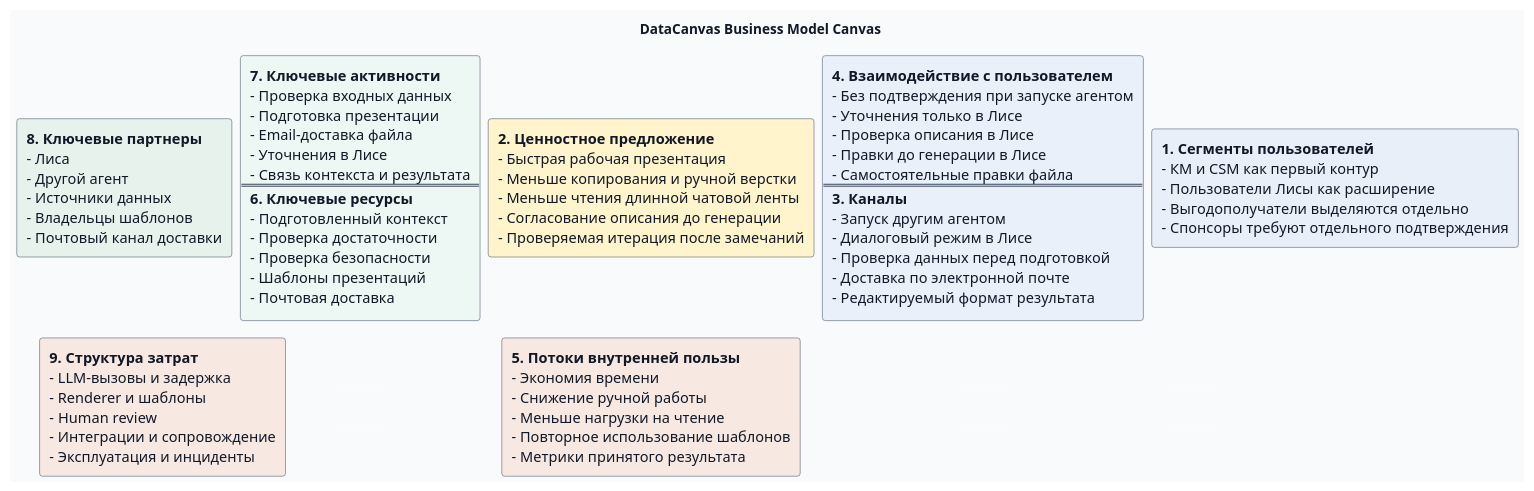
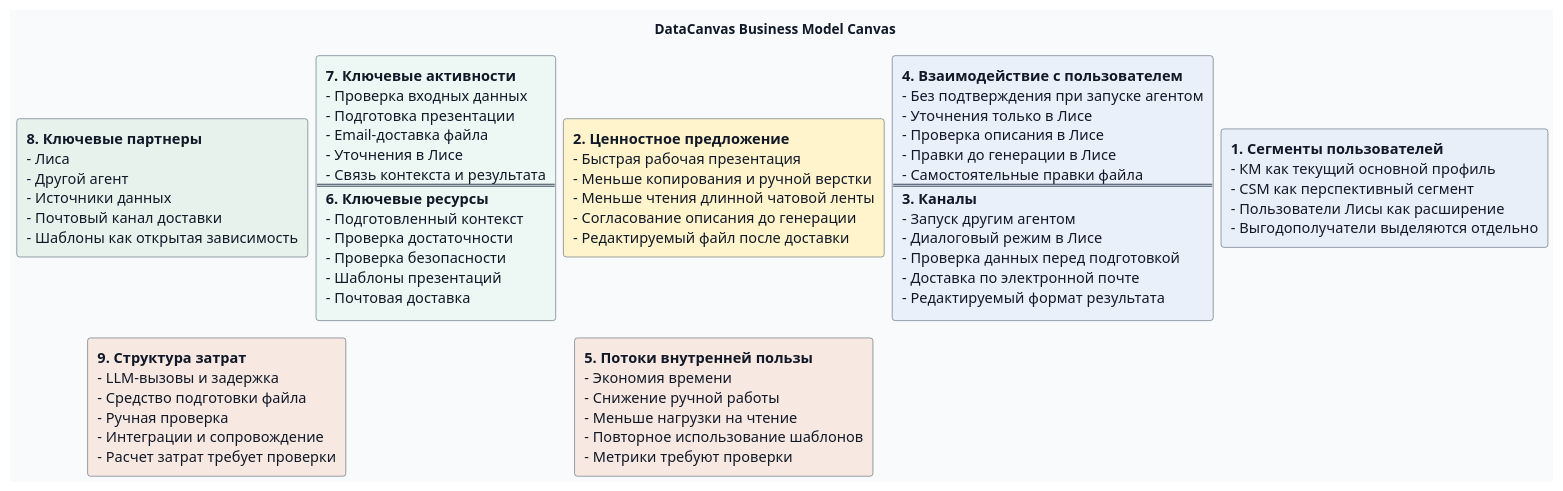
One commit to RussianLioN/datacanvas changed the diagram in docs/product/bmc/source/derived/datacanvas-bmc.puml. Above: the diagram before and after it, drawn with PlantUML. The commit also changed 57 other files, not shown here.

```diff
--- a/docs/product/bmc/source/derived/datacanvas-bmc.puml
+++ b/docs/product/bmc/source/derived/datacanvas-bmc.puml
@@ -1,44 +1,44 @@
 @startuml
 ' generated by scripts/generate-bmc-artifacts.mjs; do not edit by hand.
 title DataCanvas Business Model Canvas
 top to bottom direction
 skinparam backgroundColor #F8FAFC
 skinparam nodesep 8
 skinparam ranksep 18
 skinparam defaultFontName "Noto Sans"
 skinparam defaultFontColor #111827
 skinparam defaultFontSize 15
 skinparam rectangle {
   RoundCorner 6
   Shadowing false
   BorderColor #334155
 }
 skinparam rectangle<<gap>> {
   BorderColor #F8FAFC
   BackgroundColor #F8FAFC
   FontColor #F8FAFC
 }
-rectangle "<b>8. Ключевые партнеры</b>\n- Лиса\n- Другой агент\n- Источники данных\n- Владельцы шаблонов\n- Почтовый канал доставки" as B8 #E8F2ED
+rectangle "<b>8. Ключевые партнеры</b>\n- Лиса\n- Другой агент\n- Источники данных\n- Почтовый канал доставки\n- Шаблоны как открытая зависимость" as B8 #E8F2ED
 rectangle "<b>7. Ключевые активности</b>\n- Проверка входных данных\n- Подготовка презентации\n- Email-доставка файла\n- Уточнения в Лисе\n- Связь контекста и результата\n==\n<b>6. Ключевые ресурсы</b>\n- Подготовленный контекст\n- Проверка достаточности\n- Проверка безопасности\n- Шаблоны презентаций\n- Почтовая доставка" as B76 #EDF7F4
-rectangle "<b>2. Ценностное предложение</b>\n- Быстрая рабочая презентация\n- Меньше копирования и ручной верстки\n- Меньше чтения длинной чатовой ленты\n- Согласование описания до генерации\n- Проверяемая итерация после замечаний" as B2 #FFF4CC
+rectangle "<b>2. Ценностное предложение</b>\n- Быстрая рабочая презентация\n- Меньше копирования и ручной верстки\n- Меньше чтения длинной чатовой ленты\n- Согласование описания до генерации\n- Редактируемый файл после доставки" as B2 #FFF4CC
 rectangle "<b>4. Взаимодействие с пользователем</b>\n- Без подтверждения при запуске агентом\n- Уточнения только в Лисе\n- Проверка описания в Лисе\n- Правки до генерации в Лисе\n- Самостоятельные правки файла\n==\n<b>3. Каналы</b>\n- Запуск другим агентом\n- Диалоговый режим в Лисе\n- Проверка данных перед подготовкой\n- Доставка по электронной почте\n- Редактируемый формат результата" as B43 #EAF0FA
-rectangle "<b>1. Сегменты пользователей</b>\n- КМ и CSM как первый контур\n- Пользователи Лисы как расширение\n- Выгодополучатели выделяются отдельно\n- Спонсоры требуют отдельного подтверждения" as B1 #E9EFF9
-rectangle "<b>9. Структура затрат</b>\n- LLM-вызовы и задержка\n- Renderer и шаблоны\n- Human review\n- Интеграции и сопровождение\n- Эксплуатация и инциденты" as B9 #F7E9E2
+rectangle "<b>1. Сегменты пользователей</b>\n- КМ как текущий основной профиль\n- CSM как перспективный сегмент\n- Пользователи Лисы как расширение\n- Выгодополучатели выделяются отдельно" as B1 #E9EFF9
+rectangle "<b>9. Структура затрат</b>\n- LLM-вызовы и задержка\n- Средство подготовки файла\n- Ручная проверка\n- Интеграции и сопровождение\n- Расчет затрат требует проверки" as B9 #F7E9E2
 rectangle " " as E1 <<gap>>
-rectangle "<b>5. Потоки внутренней пользы</b>\n- Экономия времени\n- Снижение ручной работы\n- Меньше нагрузки на чтение\n- Повторное использование шаблонов\n- Метрики принятого результата" as B5 #F7E9E2
+rectangle "<b>5. Потоки внутренней пользы</b>\n- Экономия времени\n- Снижение ручной работы\n- Меньше нагрузки на чтение\n- Повторное использование шаблонов\n- Метрики требуют проверки" as B5 #F7E9E2
 rectangle " " as E2 <<gap>>
 rectangle " " as E3 <<gap>>
 B8 -[hidden]right- B76
 B76 -[hidden]right- B2
 B2 -[hidden]right- B43
 B43 -[hidden]right- B1
 B8 -[hidden]down- B9
 B76 -[hidden]down- E1
 B2 -[hidden]down- B5
 B43 -[hidden]down- E2
 B1 -[hidden]down- E3
 B9 -[hidden]right- E1
 E1 -[hidden]right- B5
 B5 -[hidden]right- E2
 E2 -[hidden]right- E3
 @enduml
```
